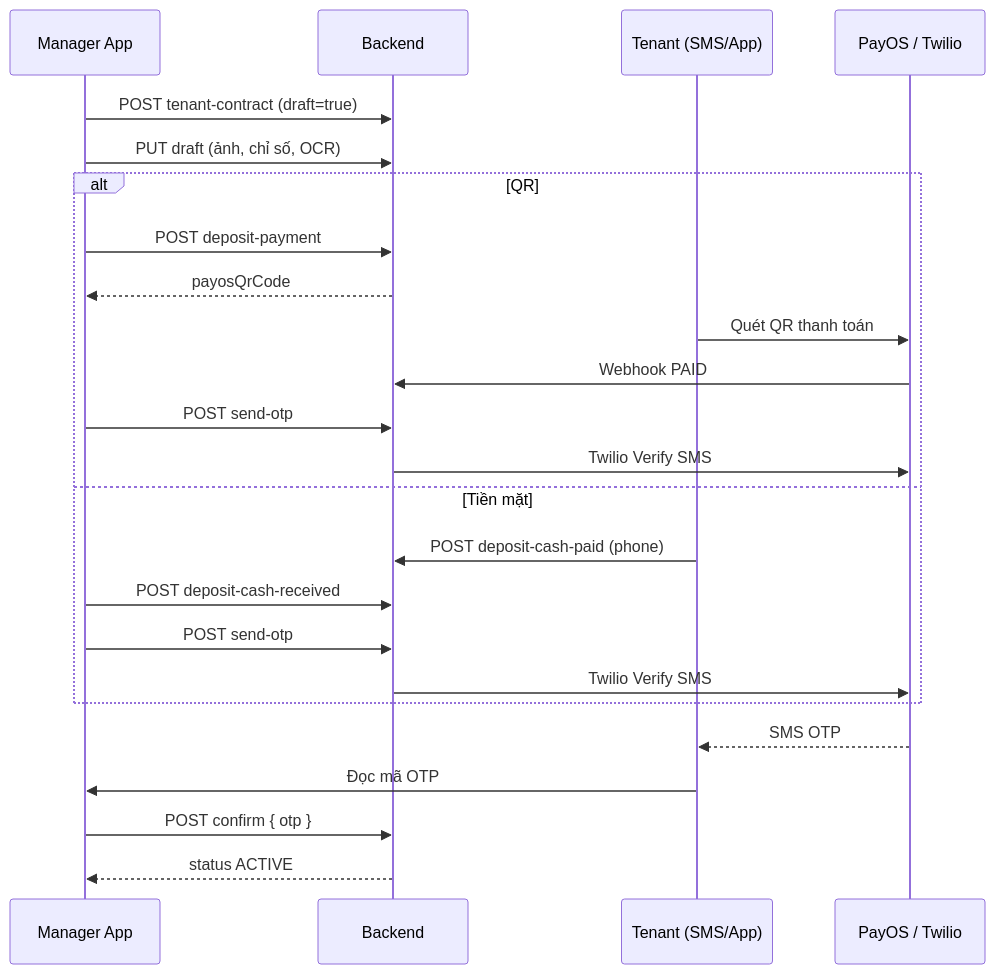
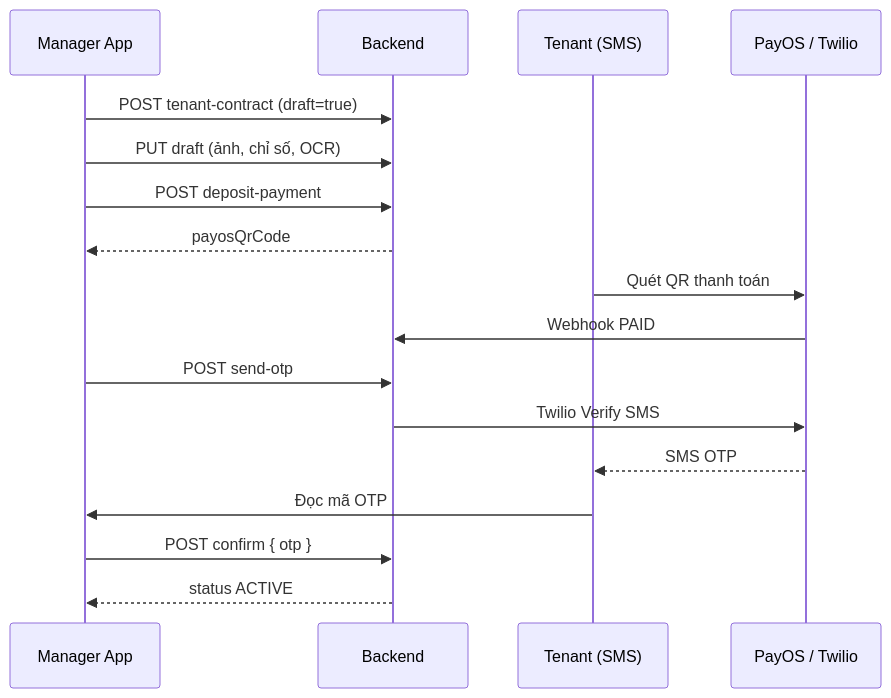
One commit to gowahskoja113/Sub-leasing-managemant-system changed the diagram in docs/FE-tenant-onboarding-otp-flow.md. Above: the diagram before and after it, drawn with Mermaid. The commit also changed other lines of this file and 10 other files, not shown here.

Commit message:
remove payment method (only banking no cash)

````diff
--- a/docs/FE-tenant-onboarding-otp-flow.md
+++ b/docs/FE-tenant-onboarding-otp-flow.md
@@ -474,27 +322,20 @@
 ```mermaid
 sequenceDiagram
     participant M as Manager App
     participant BE as Backend
-    participant T as Tenant (SMS/App)
+    participant T as Tenant (SMS)
     participant Pay as PayOS / Twilio
 
     M->>BE: POST tenant-contract (draft=true)
     M->>BE: PUT draft (ảnh, chỉ số, OCR)
-    alt QR
-        M->>BE: POST deposit-payment
-        BE-->>M: payosQrCode
-        T->>Pay: Quét QR thanh toán
-        Pay->>BE: Webhook PAID
-        M->>BE: POST send-otp
-        BE->>Pay: Twilio Verify SMS
-    else Tiền mặt
-        T->>BE: POST deposit-cash-paid (phone)
-        M->>BE: POST deposit-cash-received
-        M->>BE: POST send-otp
-        BE->>Pay: Twilio Verify SMS
-    end
+    M->>BE: POST deposit-payment
+    BE-->>M: payosQrCode
+    T->>Pay: Quét QR thanh toán
+    Pay->>BE: Webhook PAID
+    M->>BE: POST send-otp
+    BE->>Pay: Twilio Verify SMS
     Pay-->>T: SMS OTP
     T->>M: Đọc mã OTP
     M->>BE: POST confirm { otp }
     BE-->>M: status ACTIVE
 ```
````
